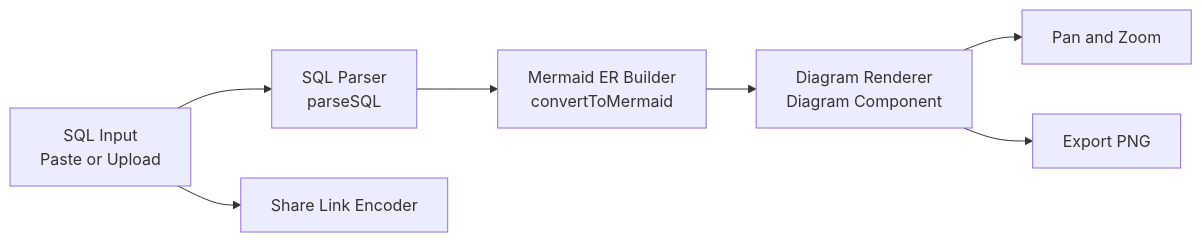
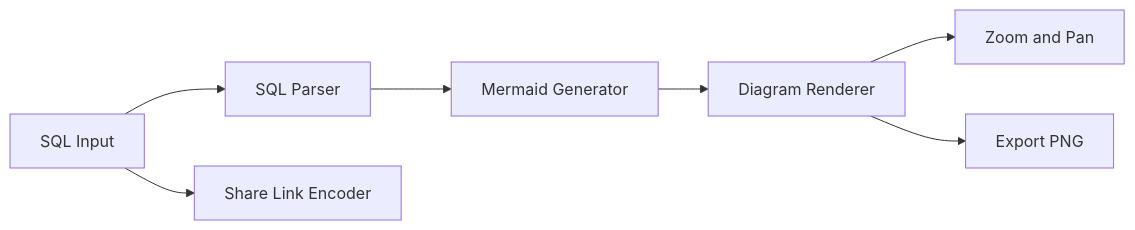
Before and after one commit to Chhatrapati-sahu-09/SQL2ER: the first of 2 diagrams in README.md, drawn with Mermaid. The commit also changed other lines of this file, not shown here.

````diff
--- a/README.md
+++ b/README.md
@@ -32,9 +55,9 @@
 ```mermaid
 flowchart LR
-		A[SQL Input\nPaste or Upload] --> B[SQL Parser\nparseSQL]
-		B --> C[Mermaid ER Builder\nconvertToMermaid]
-		C --> D[Diagram Renderer\nDiagram Component]
-		D --> E[Pan and Zoom]
-		D --> F[Export PNG]
-		A --> G[Share Link Encoder]
+    A[SQL Input] --> B[SQL Parser]
+    B --> C[Mermaid Generator]
+    C --> D[Diagram Renderer]
+    D --> E[Zoom and Pan]
+    D --> F[Export PNG]
+    A --> G[Share Link Encoder]
 ```
````
